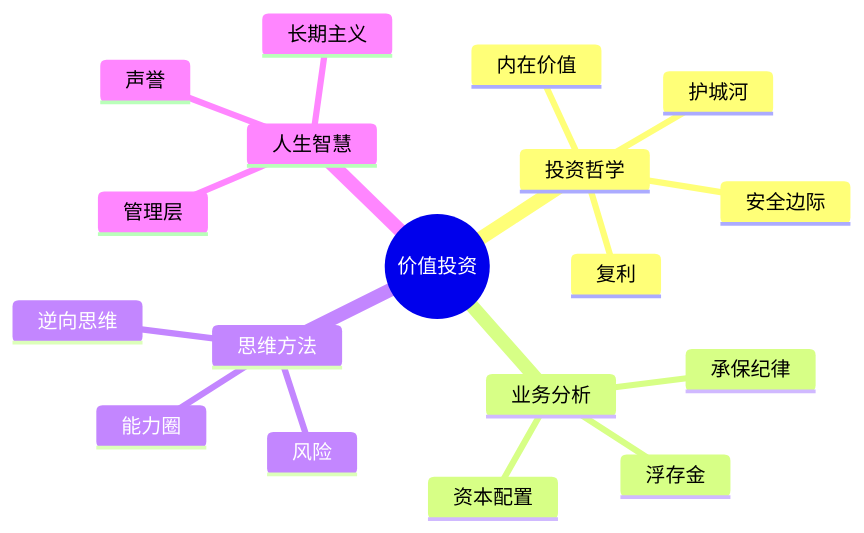
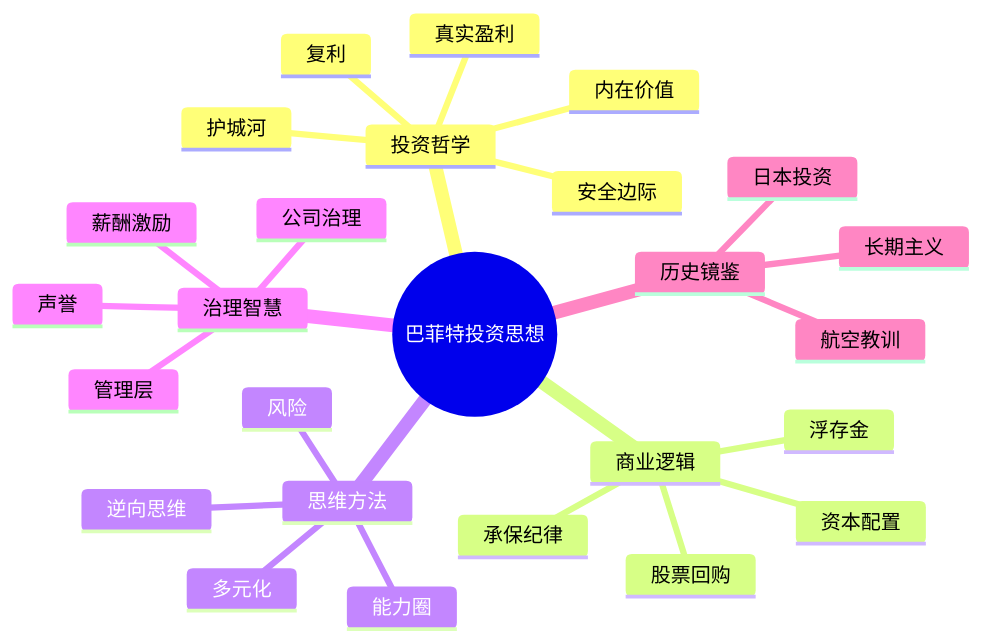
Before and after one commit to carllhm/buffett-knowledge-base: the diagram in docs/02_concepts/index.md, drawn with Mermaid. The commit also changed other lines of this file and 382 other files, not shown here.

````diff
--- a/docs/02_concepts/index.md
+++ b/docs/02_concepts/index.md
@@ -52,21 +73,29 @@
 ```mermaid
 mindmap
-  root((价值投资))
+  root((巴菲特投资思想))
     投资哲学
       内在价值
       护城河
       安全边际
       复利
-    业务分析
+      真实盈利
+    商业逻辑
       浮存金
       承保纪律
       资本配置
+      股票回购
     思维方法
       能力圈
       逆向思维
+      多元化
       风险
-    人生智慧
+    治理智慧
+      管理层
+      公司治理
+      薪酬激励
       声誉
-      管理层
+    历史镜鉴
+      航空教训
+      日本投资
       长期主义
 ```
````
